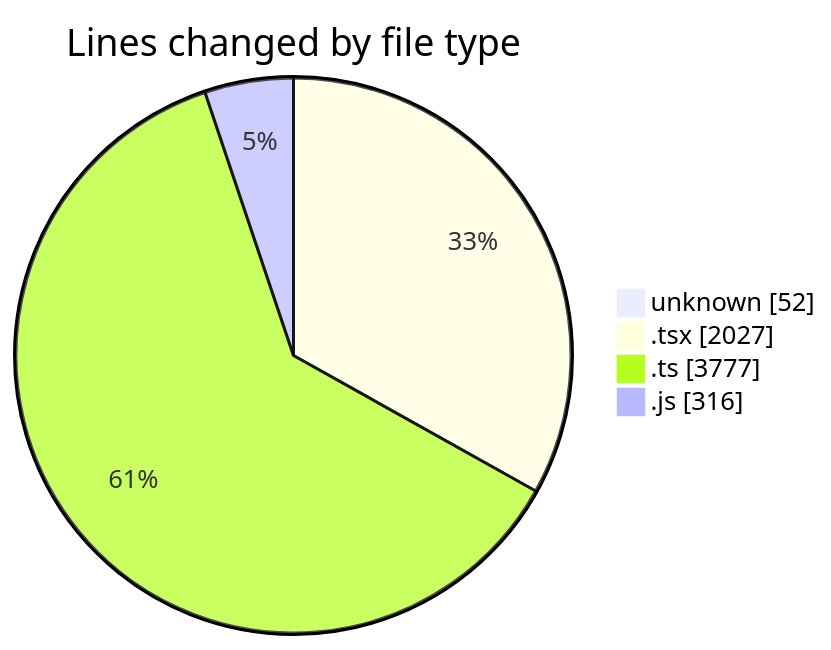
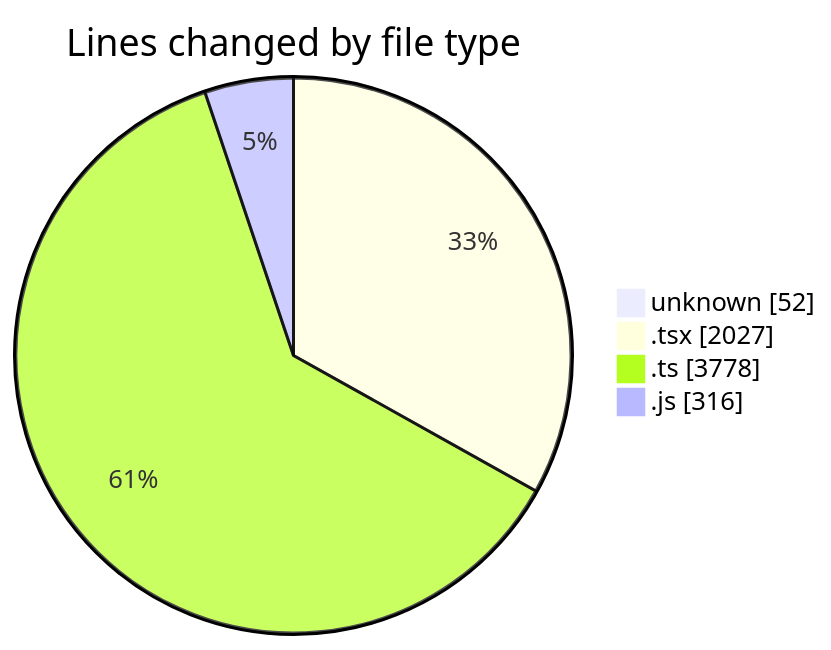
The first of 2 diagrams in 2025-06-02/ecodeli-1/README.md (CELIANVF/code-tracking), drawn with Mermaid before and after one commit. The commit also changed other lines of this file and 1 other file, not shown here.

````diff
--- a/2025-06-02/ecodeli-1/README.md
+++ b/2025-06-02/ecodeli-1/README.md
@@ -53,8 +53,8 @@
 ```mermaid
 pie showData
 title Lines changed by file type
 "unknown" : 52
 ".tsx" : 2027
-".ts" : 3777
+".ts" : 3778
 ".js" : 316
 ```
````
